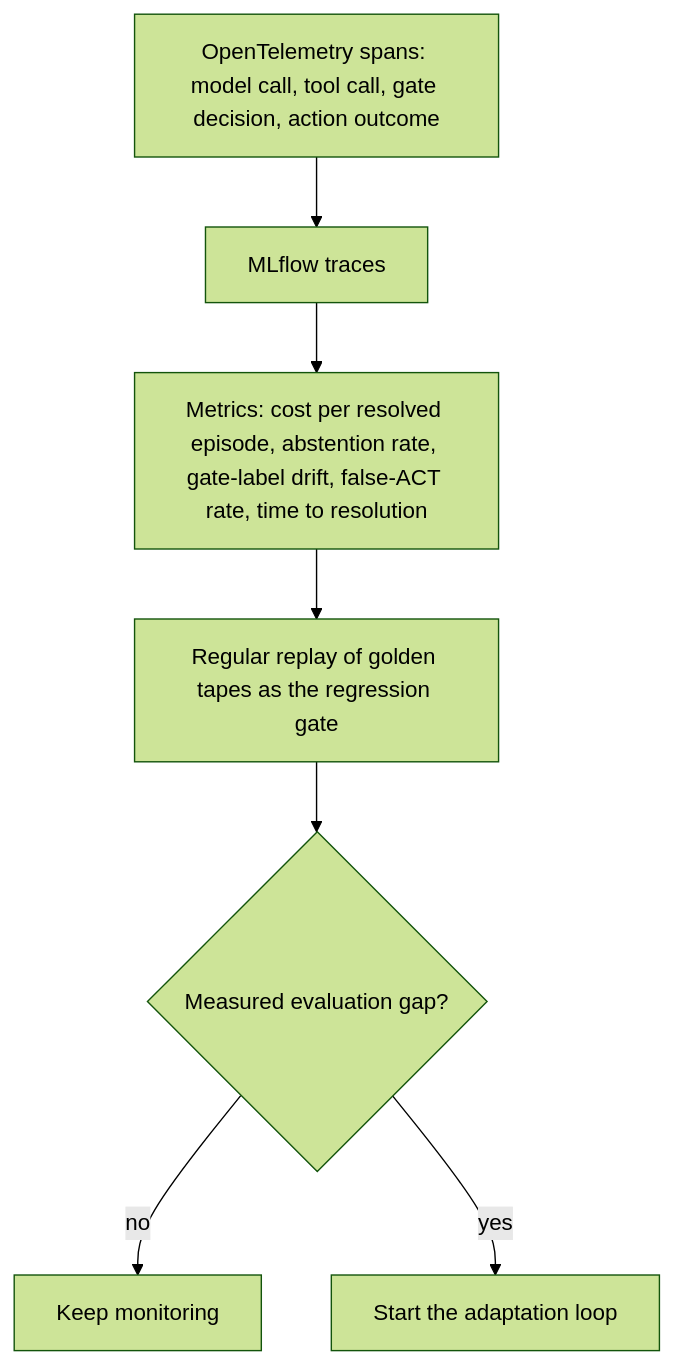
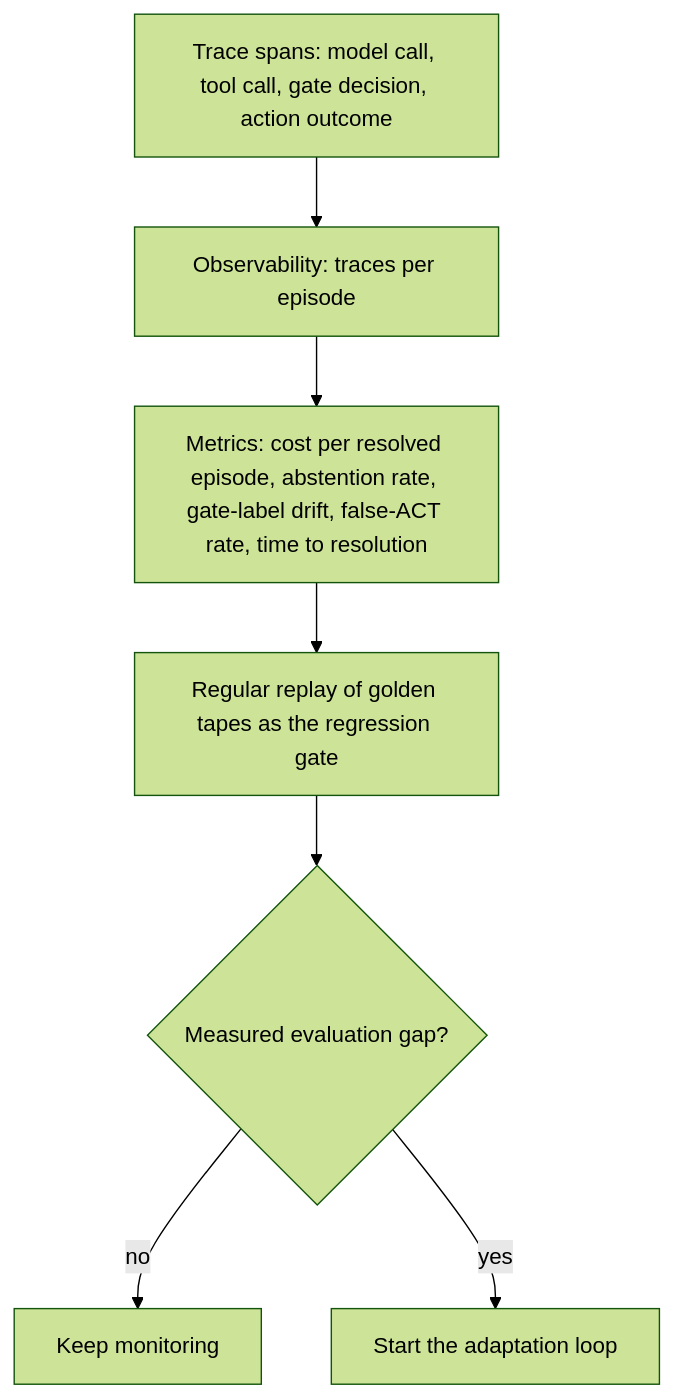
The second of 2 diagrams in architecture/adaptation-ladder.md (ravisharma5/otel-telco-blueprints), drawn with Mermaid (forest theme) before and after one commit. The commit also changed other lines of this file and 5 other files, not shown here.

First line of the commit message:
docs(architecture): name layers and capabilities instead of codes and products

````diff
--- a/architecture/adaptation-ladder.md
+++ b/architecture/adaptation-ladder.md
@@ -75,9 +75,9 @@
 ```mermaid
 flowchart TD
-  SP["OpenTelemetry spans: model call, tool call, gate decision, action outcome"] --> TRC["MLflow traces"]
+  SP["Trace spans: model call, tool call, gate decision, action outcome"] --> TRC["Observability: traces per episode"]
   TRC --> MET["Metrics: cost per resolved episode, abstention rate, gate-label drift, false-ACT rate, time to resolution"]
   MET --> REP["Regular replay of golden tapes as the regression gate"]
   REP --> GAP{"Measured evaluation gap?"}
   GAP -- "no" --> MON["Keep monitoring"]
   GAP -- "yes" --> LOOP["Start the adaptation loop"]
 ```
````
